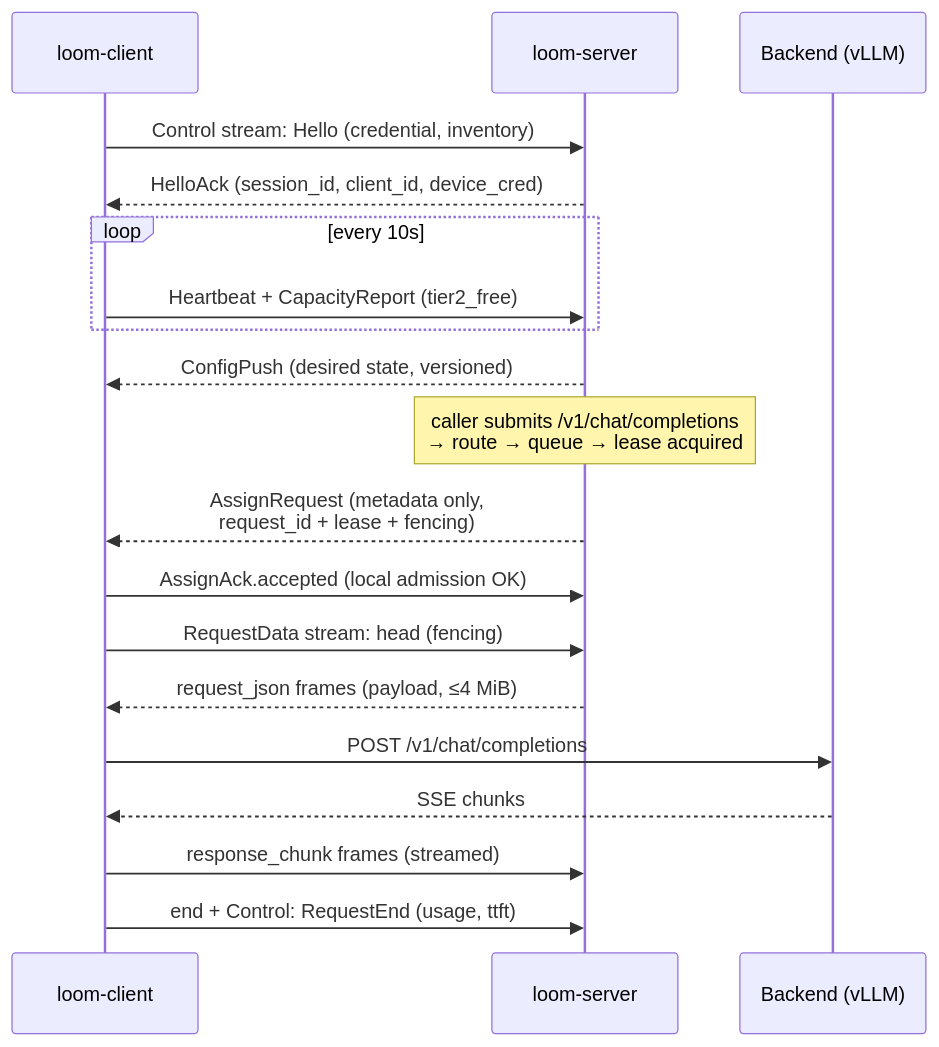
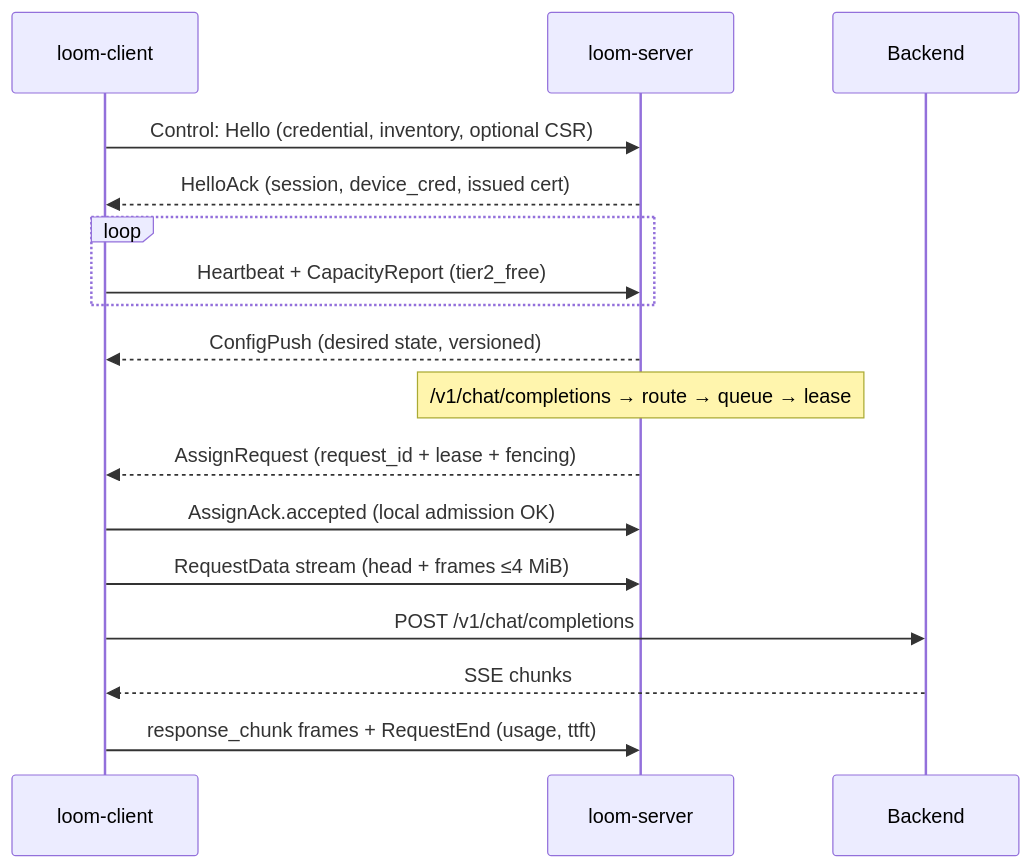
The second of 3 diagrams in README.md (maxk2222/loom), drawn with Mermaid before and after one commit. The commit also changed other lines of this file and 6 other files, not shown here.

````diff
--- a/README.md
+++ b/README.md
@@ -131,23 +107,19 @@
 ```mermaid
 sequenceDiagram
     participant C as loom-client
     participant S as loom-server
-    participant B as Backend (vLLM)
-
-    C->>S: Control stream: Hello (credential, inventory)
-    S-->>C: HelloAck (session_id, client_id, device_cred)
-    loop every 10s
+    participant B as Backend
+    C->>S: Control: Hello (credential, inventory, optional CSR)
+    S-->>C: HelloAck (session, device_cred, issued cert)
+    loop
         C->>S: Heartbeat + CapacityReport (tier2_free)
     end
     S-->>C: ConfigPush (desired state, versioned)
-
-    Note over S: caller submits /v1/chat/completions<br/>→ route → queue → lease acquired
-    S-->>C: AssignRequest (metadata only,<br/>request_id + lease + fencing)
+    Note over S: /v1/chat/completions → route → queue → lease
+    S-->>C: AssignRequest (request_id + lease + fencing)
     C->>S: AssignAck.accepted (local admission OK)
-    C->>S: RequestData stream: head (fencing)
-    S-->>C: request_json frames (payload, ≤4 MiB)
+    C->>S: RequestData stream (head + frames ≤4 MiB)
     C->>B: POST /v1/chat/completions
     B-->>C: SSE chunks
-    C->>S: response_chunk frames (streamed)
-    C->>S: end + Control: RequestEnd (usage, ttft)
+    C->>S: response_chunk frames + RequestEnd (usage, ttft)
 ```
````
